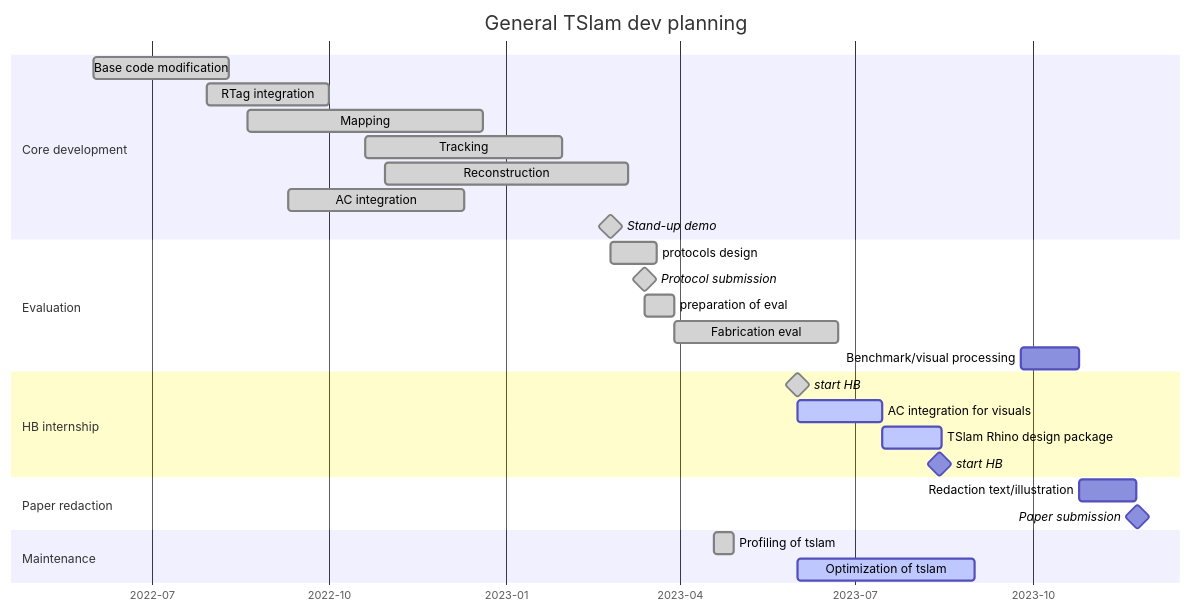
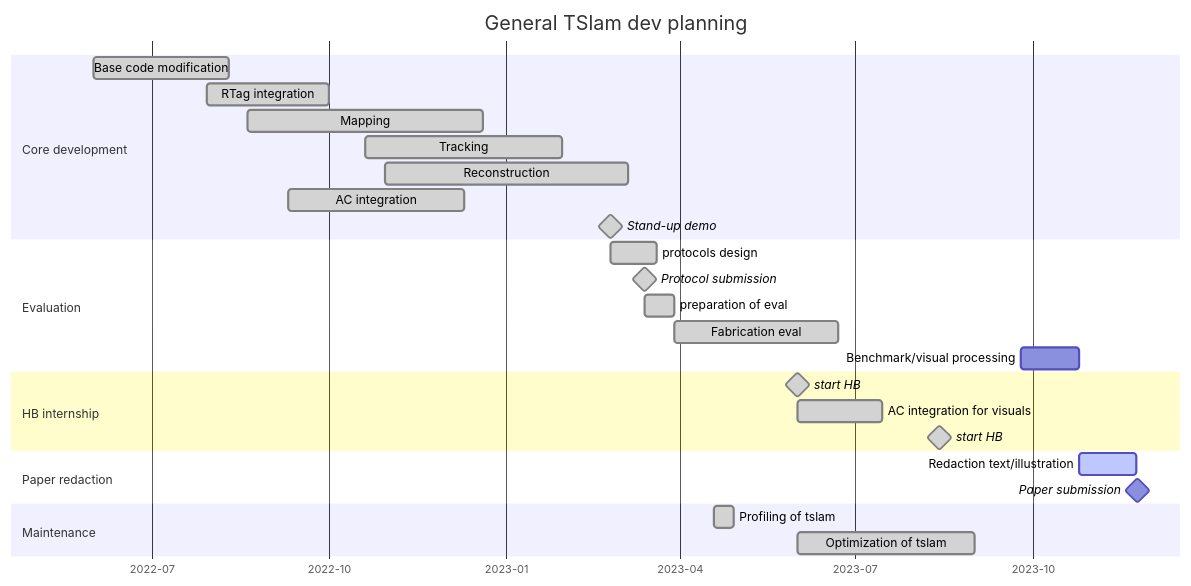
One commit to ibois-epfl/TSlam changed the diagram in README.md. Above: the diagram before and after it, drawn with Mermaid.

Commit message:
ADD: new info to planning

````diff
--- a/README.md
+++ b/README.md
@@ -10,36 +10,35 @@
 ```mermaid
 gantt
     dateFormat  YYYY-MM-DD
     title       General TSlam dev planning
     axisFormat %Y-%m
 
     section Core development
     Base code modification          :done, ucm, 2022-06-01, 2022-08-10
     RTag integration                :done, rti, 2022-07-30, 2022-10-01
     Mapping                         :done, map, 2022-08-20, 2022-12-20
     Tracking                        :done, trck, 2022-10-20, 2023-01-30
     Reconstruction                  :done, rec, 2022-10-30, 2023-03-05
     AC integration                  :done, aci, 2022-09-10, 2022-12-10
     Stand-up demo                   :milestone, done, 2023-02-24, 0d
 
     section Evaluation
     protocols design                :done, ptrd, 2023-02-24, 2023-03-20
     Protocol submission             :milestone, done, 2023-03-14, 0d
     preparation of eval             :done, 15d
     Fabrication eval                :done, 85d
     Benchmark/visual processing     :bvpr, 2023-09-25, 30d
     
     section HB internship
     start HB                        :milestone, done, 2023-06-01,
-    AC integration for visuals      :active,2023-06-01, 2023-07-15
-    TSlam Rhino design package      :active, 2023-07-15, 2023-08-15
-    start HB                        :milestone, 2023-08-14,
+    AC integration for visuals      :done, 2023-06-01, 2023-07-15
+    start HB                        :milestone, done, 2023-08-14,
 
     section Paper redaction
-    Redaction text/illustration     :pprd, after bvpr, 30d
+    Redaction text/illustration     :active, pprd, after bvpr, 30d
     Paper submission                :milestone, after pprd, 1d
     
     section Maintenance
     Profiling of tslam                  :done, opti, 2023-04-19, 10d
-    Optimization of tslam               :active, 2023-06-01, 2023-09-01
+    Optimization of tslam               :done, 2023-06-01, 2023-09-01
 ```
````
